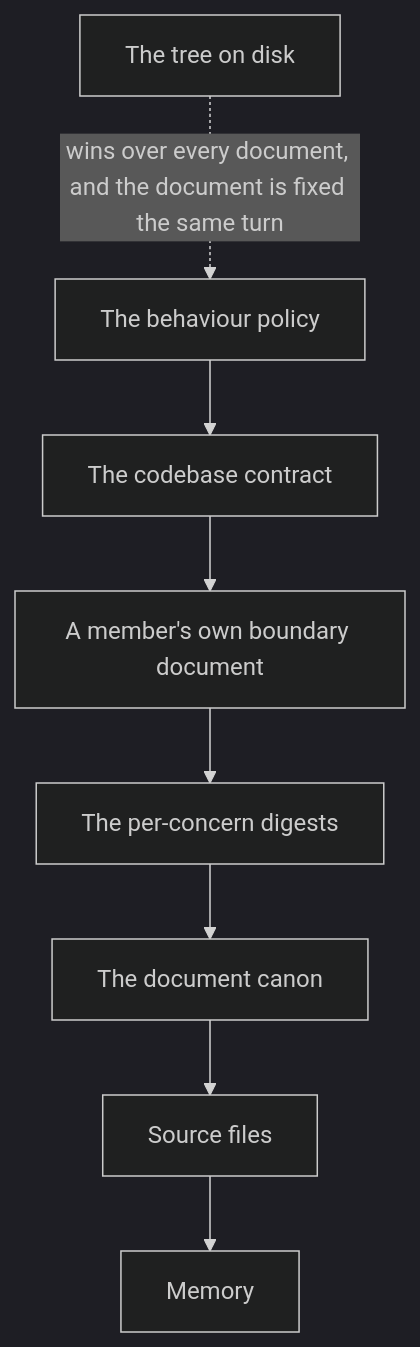
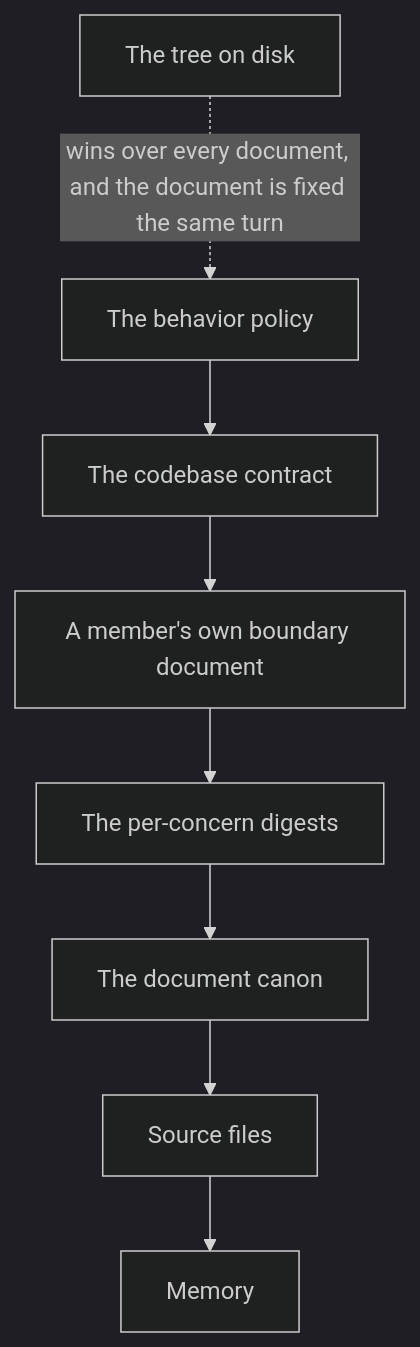
One commit to Varietyz/Disciplined-AI-Software-Development changed the eighth of 15 diagrams in START.md. Above: the diagram before and after it, drawn with Mermaid (dark theme). The commit also changed other lines of this file and 672 other files, not shown here.

````diff
--- a/START.md
+++ b/START.md
@@ -273,13 +273,13 @@
 ```mermaid
 flowchart TB
-policy["The behaviour policy"]
+policy["The behavior policy"]
 contract["The codebase contract"]
 boundary["A member's own boundary document"]
 digests["The per-concern digests"]
 canon["The document canon"]
 source["Source files"]
 memory["Memory"]
 tree["The tree on disk"]
 policy --> contract --> boundary --> digests --> canon --> source --> memory
 tree -. wins over every document, and the document is fixed the same turn .-> policy
 ```
````
